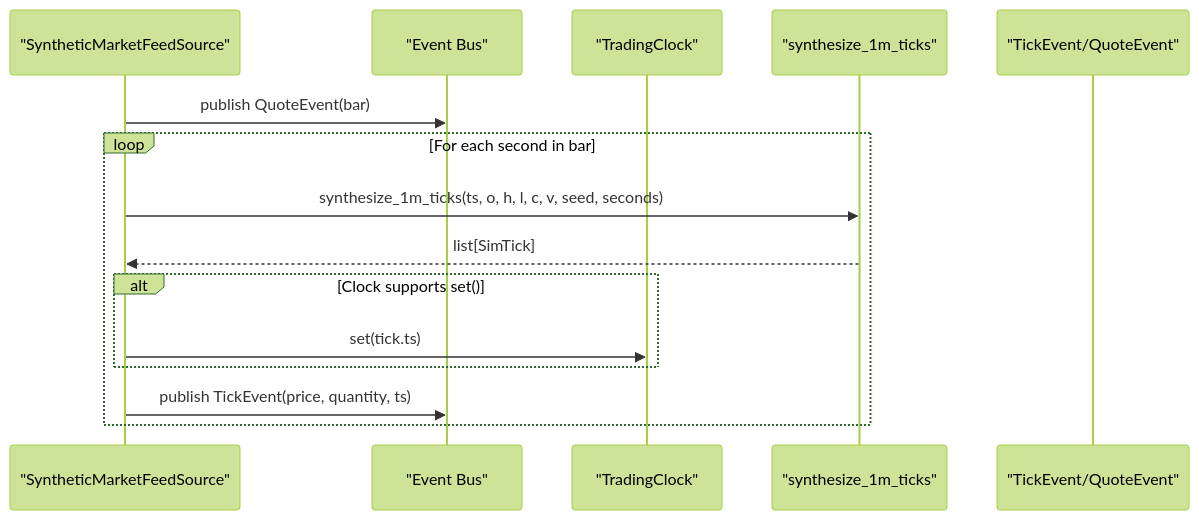
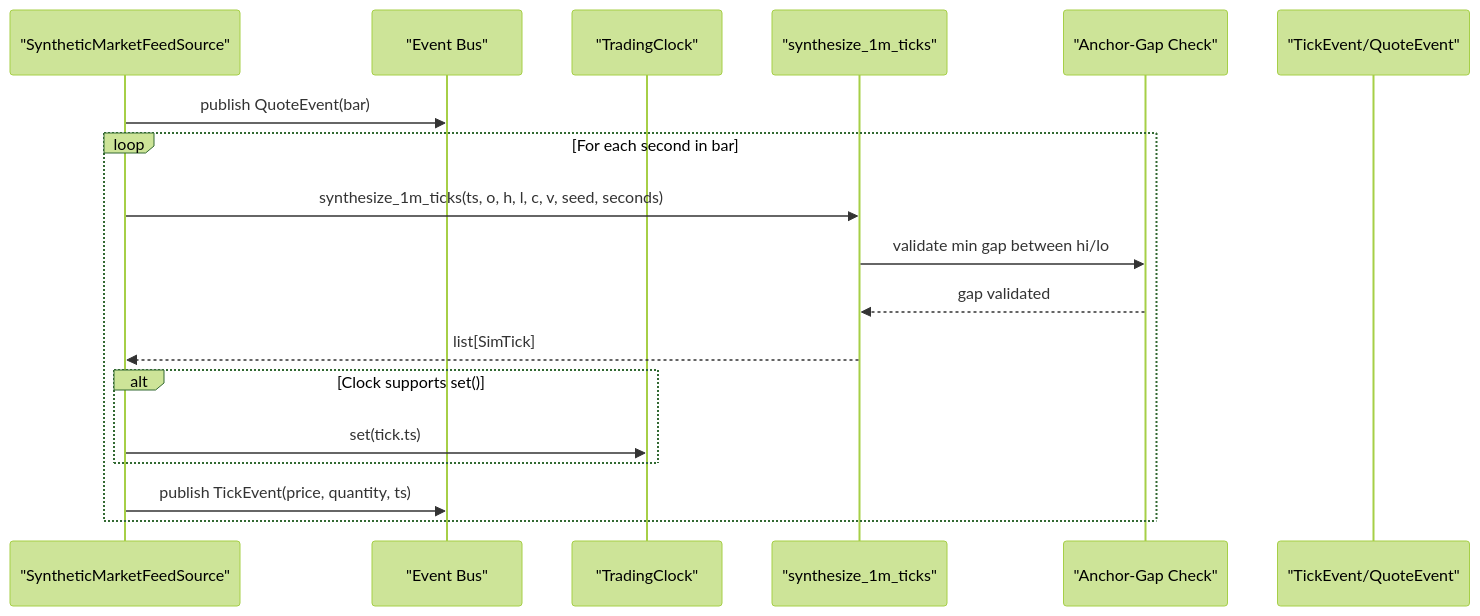
Before and after one commit to Ganesh-Kusundal/nTrade: the second of 6 diagrams in .qoder/repowiki/en/content/Backtesting & Simulation/Tick Simulator.md, drawn with Mermaid (forest theme). The commit also changed other lines of this file and 203 other files, not shown here.

````diff
--- a/.qoder/repowiki/en/content/Backtesting & Simulation/Tick Simulator.md
+++ b/.qoder/repowiki/en/content/Backtesting & Simulation/Tick Simulator.md
@@ -101,17 +119,20 @@
 ```mermaid
 sequenceDiagram
 participant Source as "SyntheticMarketFeedSource"
 participant Bus as "Event Bus"
 participant Clock as "TradingClock"
 participant Sim as "synthesize_1m_ticks"
+participant AnchorGap as "Anchor-Gap Check"
 participant Events as "TickEvent/QuoteEvent"
 Source->>Bus : publish QuoteEvent(bar)
 loop For each second in bar
 Source->>Sim : synthesize_1m_ticks(ts, o, h, l, c, v, seed, seconds)
+Sim->>AnchorGap : validate min gap between hi/lo
+AnchorGap-->>Sim : gap validated
 Sim-->>Source : list[SimTick]
 alt Clock supports set()
 Source->>Clock : set(tick.ts)
 end
 Source->>Bus : publish TickEvent(price, quantity, ts)
 end
 ```
````
